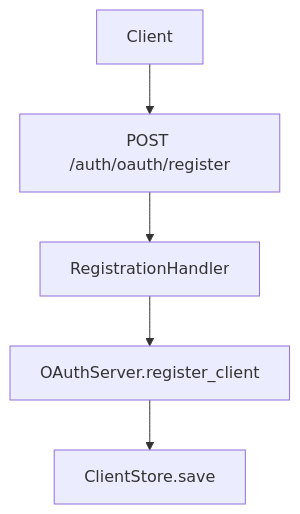
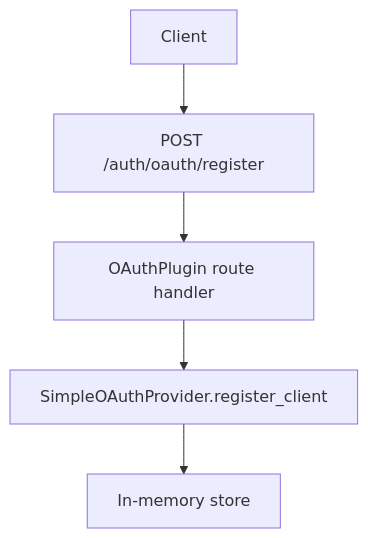
One commit to mplemay/belgie changed the fourth of 5 diagrams in design/010-belgie-oauth-auth-server.md. Above: the diagram before and after it, drawn with Mermaid. The commit also changed other lines of this file and 8 other files, not shown here.

Commit message:
feat: add oauth register and revoke endpoints

````diff
--- a/design/010-belgie-oauth-auth-server.md
+++ b/design/010-belgie-oauth-auth-server.md
@@ -193,7 +187,7 @@
 ```mermaid
 graph TD
     A[Client] --> B[POST /auth/oauth/register]
-    B --> C[RegistrationHandler]
-    C --> D[OAuthServer.register_client]
-    D --> E[ClientStore.save]
+    B --> C[OAuthPlugin route handler]
+    C --> D[SimpleOAuthProvider.register_client]
+    D --> E[In-memory store]
 ```
````
